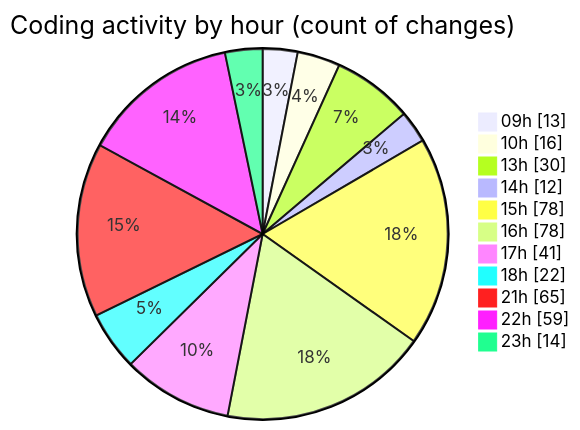
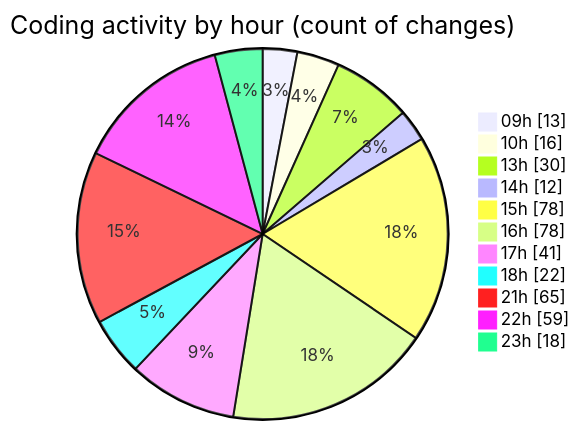
One commit to momahboobian/code-tracking changed the second of 2 diagrams in 2025-03-31/cda/README.md. Above: the diagram before and after it, drawn with Mermaid. The commit also changed other lines of this file and 1 other file, not shown here.

````diff
--- a/2025-03-31/cda/README.md
+++ b/2025-03-31/cda/README.md
@@ -50,15 +50,15 @@
 ```mermaid
 pie showData
 title Coding activity by hour (count of changes)
 "09h" : 13
 "10h" : 16
 "13h" : 30
 "14h" : 12
 "15h" : 78
 "16h" : 78
 "17h" : 41
 "18h" : 22
 "21h" : 65
 "22h" : 59
-"23h" : 14
+"23h" : 18
 ```
````
